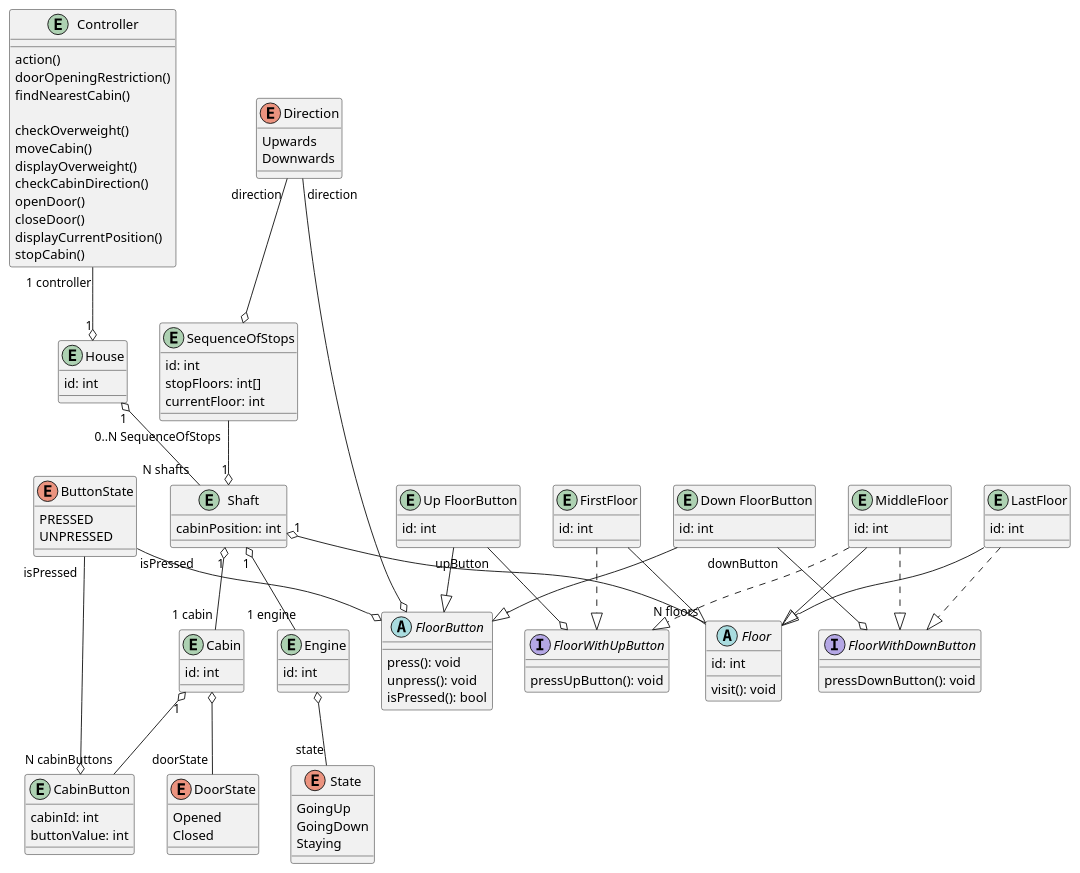
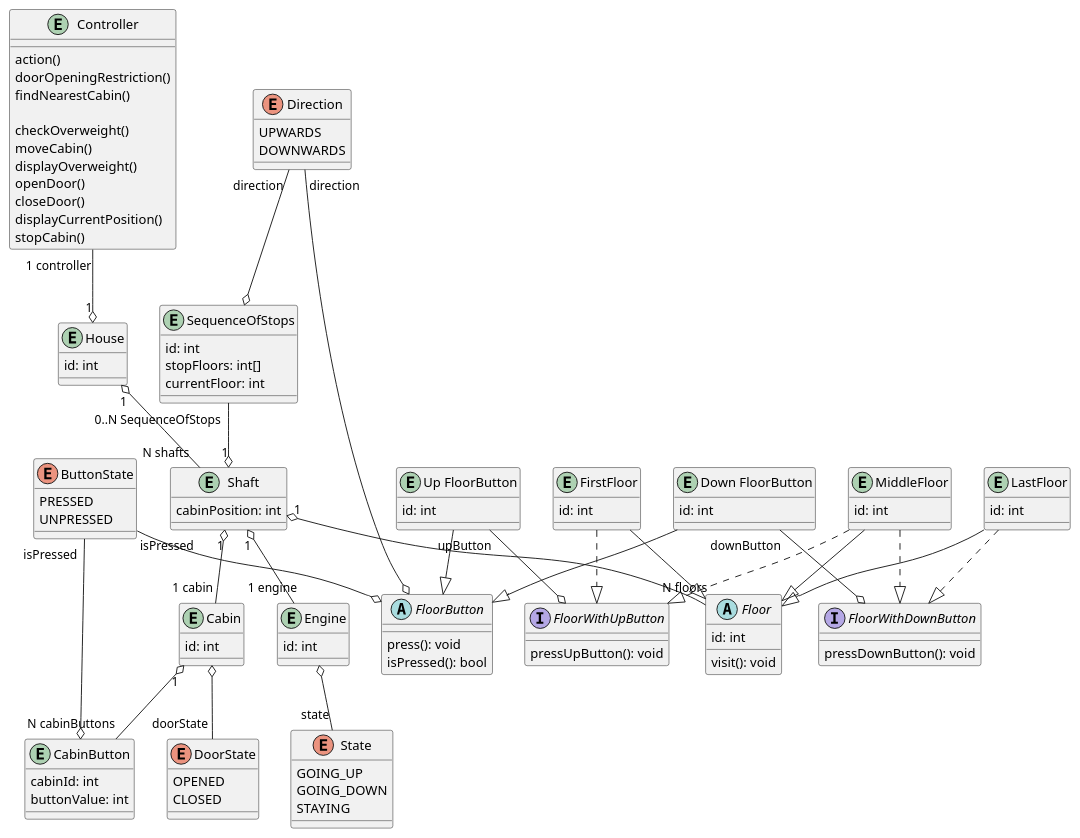
The diagram in src/BomElevator.puml (valentynliubchenko/BomElevator), drawn with PlantUML before and after one commit. The commit also changed 3 other files, not shown here.

Commit message:
sequence diagrams 1

```diff
--- a/src/BomElevator.puml
+++ b/src/BomElevator.puml
@@ -1,145 +1,143 @@
 @startuml
 entity "Controller"{
 
 action()
 doorOpeningRestriction()
 findNearestCabin()
 
 checkOverweight()
 moveCabin()
 displayOverweight()
-checkCabinDirection()
 openDoor()
 closeDoor()
 displayCurrentPosition()
 stopCabin()
 }
 
 enum DoorState{
-Opened
-Closed
+OPENED
+CLOSED
 }
 
 entity Cabin{
 id: int
 }
 
 entity SequenceOfStops {
 id: int
 stopFloors: int[]
 currentFloor: int
 }
 
 Direction "direction" --o SequenceOfStops
 
 
 enum State{
-GoingUp
-GoingDown
-Staying
+GOING_UP
+GOING_DOWN
+STAYING
 }
 
 enum Direction{
-Upwards
-Downwards
+UPWARDS
+DOWNWARDS
 }
 
 enum ButtonState{
 PRESSED
 UNPRESSED
 }
 
 entity "CabinButton"{
 cabinId: int
 buttonValue: int
 }
 
 
 abstract "FloorButton"{
   press(): void
-  unpress(): void
   isPressed(): bool
 }
 
 entity "Up FloorButton" {
   id: int
 }
 
 entity "Down FloorButton" {
  id: int
 }
 
 "Up FloorButton" --|> "FloorButton"
 "Down FloorButton" --|> "FloorButton"
 
 abstract Floor{
   id: int
   visit(): void
 }
 
 interface FloorWithUpButton {
   pressUpButton(): void
 }
 
 "Up FloorButton" "upButton" --o FloorWithUpButton
 
 interface FloorWithDownButton {
  pressDownButton(): void
 }
 
 "Down FloorButton" "downButton" --o FloorWithDownButton
 
 entity FirstFloor {
   id: int
 }
 
 FirstFloor --|> Floor
 FirstFloor ..|> FloorWithUpButton
 
 entity LastFloor {
   id: int
 }
 
 LastFloor --|> Floor
 LastFloor ..|> FloorWithDownButton
 
 entity MiddleFloor {
   id: int
 }
 
 MiddleFloor --|> Floor
 MiddleFloor ..|> FloorWithUpButton
 MiddleFloor ..|> FloorWithDownButton
 
 Direction "direction" --o "FloorButton"
 
 Cabin "1" o-- "N cabinButtons" "CabinButton"
 ButtonState "isPressed " --o "FloorButton"
 ButtonState "isPressed " --o "CabinButton"
 
 entity Engine {
   id: int
 }
 
 Engine o-- "state" State
 
 entity Shaft {
   cabinPosition: int
 }
 
 Shaft "1" o-- "1 engine" Engine
 
 entity House {
   id: int
 }
 
 Shaft "1" o-- "N floors" Floor
 House "1" o-- "N shafts" Shaft
 
 Controller "1 controller" --o "1" House
 Shaft "1" o-- "1 cabin" Cabin
 
 Cabin o-- "doorState" DoorState
 
 SequenceOfStops "0..N SequenceOfStops" --o "1" Shaft
 @enduml
```
